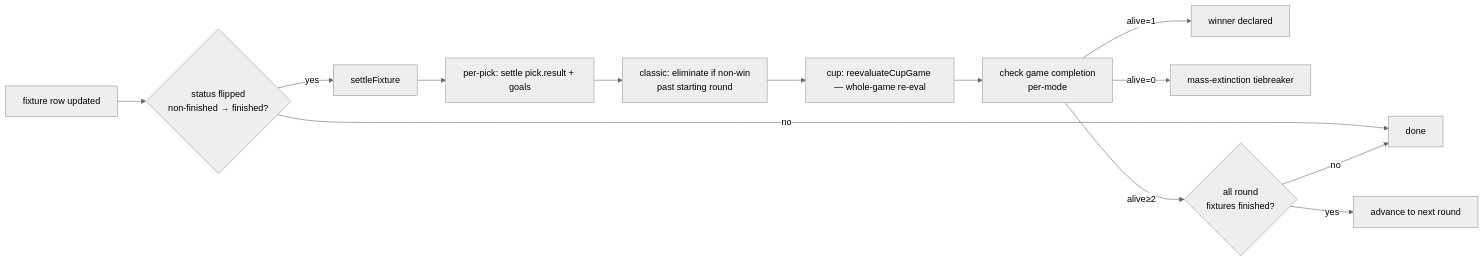
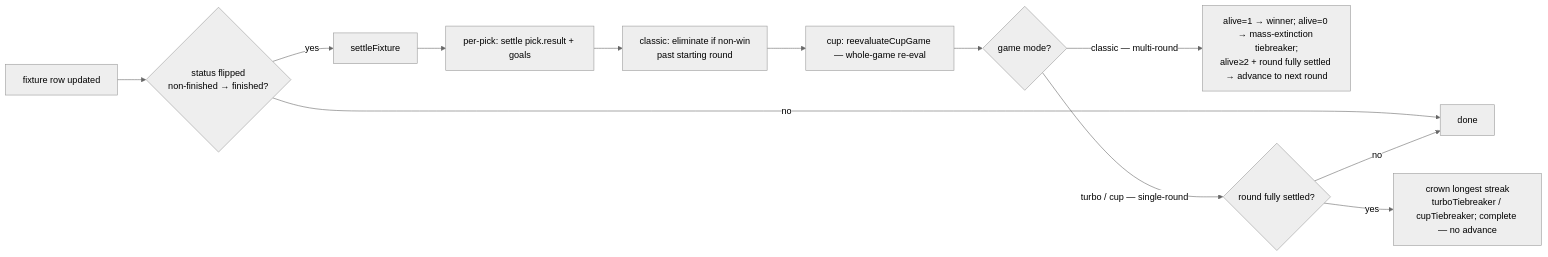
Before and after one commit to lennons301/last-person-standing: the first of 4 diagrams in docs/game-modes/README.md, drawn with Mermaid (neutral theme). The commit also changed other lines of this file and 2 other files, not shown here.

Commit message:
docs(game-modes): correct cup to single-round; scope advancement to classic
cup.md described a multi-round knockout — wrong. Cup (like turbo) is a single
gameweek decided by the longest streak; only classic advances across rounds.

- cup.md: single-round framing; win = longest streak (a broken streak can still
  win); completion when the one round is fully settled (no advance); confirmed-
  streak boundary (stop at first pending pick); player state machine reframed;
  drop "Multi-round cup with advancement" from smoke gaps; add an OPEN TODO for
  the everyone-busts mass-extinction case (refund vs best-tiebreaker — d8360e69).
  Tier table / lives / guard / validation / mode-config left intact.
- README.md: cup link drops "knockout"; settlement flowchart + game/round state
  machines scope advancement to classic; turbo/cup auto-complete on single round.
- AGENTS.md: state the round model (classic multi-round; turbo+cup single-round)
  and point to docs/game-modes/ as the authoritative spec.

turbo.md and classic.md already correct — untouched. Ships with the matching
engine fix in this PR.

````diff
--- a/docs/game-modes/README.md
+++ b/docs/game-modes/README.md
@@ -21,15 +21,14 @@
 ```mermaid
 flowchart LR
     A[fixture row updated] --> B{status flipped<br/>non-finished → finished?}
     B -->|no| Z[done]
     B -->|yes| C[settleFixture]
     C --> D[per-pick: settle pick.result + goals]
     D --> E[classic: eliminate if non-win<br/>past starting round]
     E --> F[cup: reevaluateCupGame — whole-game re-eval]
-    F --> G[check game completion<br/>per-mode]
-    G -->|alive=1| H[winner declared]
-    G -->|alive=0| I[mass-extinction tiebreaker]
-    G -->|alive≥2| J{all round<br/>fixtures finished?}
-    J -->|yes| K[advance to next round]
+    F --> G{game mode?}
+    G -->|classic — multi-round| Gc[alive=1 → winner; alive=0 → mass-extinction tiebreaker;<br/>alive≥2 + round fully settled → advance to next round]
+    G -->|turbo / cup — single-round| J{round fully settled?}
+    J -->|yes| K[crown longest streak<br/>turboTiebreaker / cupTiebreaker; complete — no advance]
     J -->|no| Z
 ```
````
